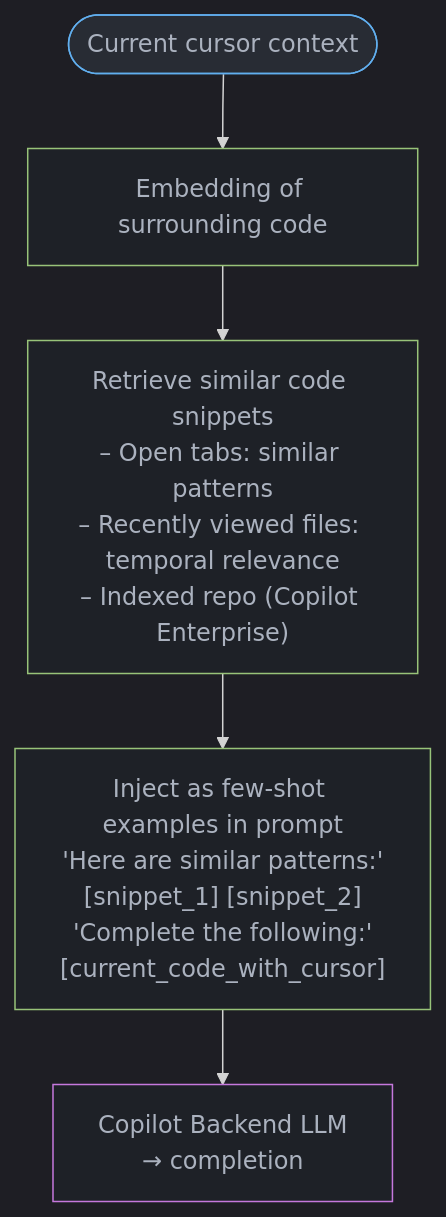
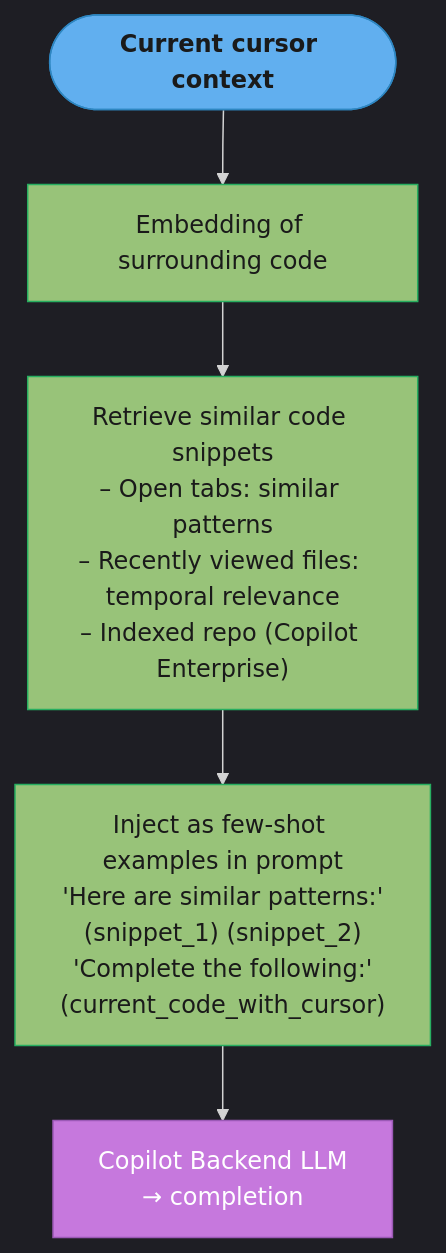
Before and after one commit to rppol/system-design: the second of 2 diagrams in src/main/java/com/rutik/systemdesign/llm/code_generation/README.md, drawn with Mermaid. The commit also changed other lines of this file and 88 other files, not shown here.

````diff
--- a/src/main/java/com/rutik/systemdesign/llm/code_generation/README.md
+++ b/src/main/java/com/rutik/systemdesign/llm/code_generation/README.md
@@ -146,17 +150,20 @@
 ```mermaid
 %%{init: {'flowchart': {'curve': 'basis'}, 'theme': 'dark'}}%%
 flowchart TD
+    classDef io      fill:#61afef,stroke:#2e86c1,color:#1a1a1a,font-weight:bold
+    classDef frozen  fill:#c678dd,stroke:#9b59b6,color:#fff
+    classDef train   fill:#98c379,stroke:#27ae60,color:#1a1a1a
+    classDef mathOp  fill:#d19a66,stroke:#e67e22,color:#1a1a1a,font-weight:bold
+    classDef lossN   fill:#e06c75,stroke:#c0392b,color:#fff,font-weight:bold
+    classDef req     fill:#56b6c2,stroke:#0097a7,color:#1a1a1a
+    classDef base    fill:#e5c07b,stroke:#f39c12,color:#1a1a1a
+
     Cursor([Current cursor context]) --> Embed["Embedding of surrounding code"]
     Embed --> Retrieve["Retrieve similar code snippets\n– Open tabs: similar patterns\n– Recently viewed files: temporal relevance\n– Indexed repo (Copilot Enterprise)"]
-    Retrieve --> Inject["Inject as few-shot examples in prompt\n'Here are similar patterns:'\n[snippet_1] [snippet_2]\n'Complete the following:'\n[current_code_with_cursor]"]
+    Retrieve --> Inject["Inject as few-shot examples in prompt\n'Here are similar patterns:'\n(snippet_1) (snippet_2)\n'Complete the following:'\n(current_code_with_cursor)"]
     Inject --> LLM["Copilot Backend LLM\n→ completion"]
 
-    classDef io     fill:#282c34,stroke:#61afef,color:#abb2bf
-    classDef proc   fill:#1e2127,stroke:#98c379,color:#abb2bf
-    classDef llm    fill:#1e2127,stroke:#c678dd,color:#abb2bf
-    classDef store  fill:#1e2127,stroke:#56b6c2,color:#abb2bf
-
     class Cursor io
-    class Embed,Retrieve,Inject proc
-    class LLM llm
+    class Embed,Retrieve,Inject train
+    class LLM frozen
 ```
````
